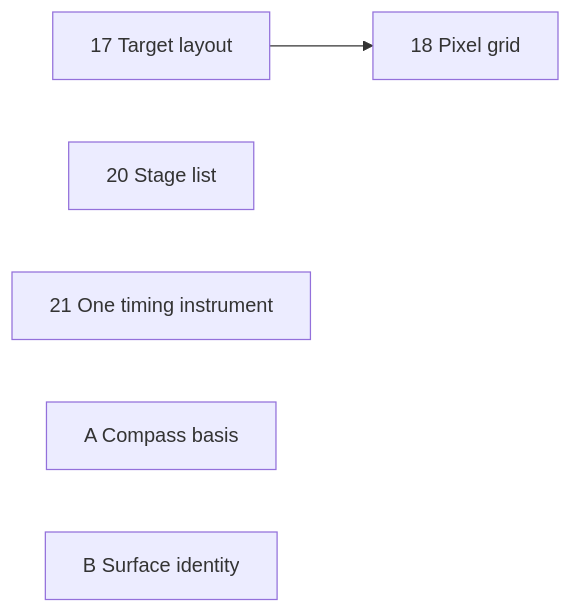
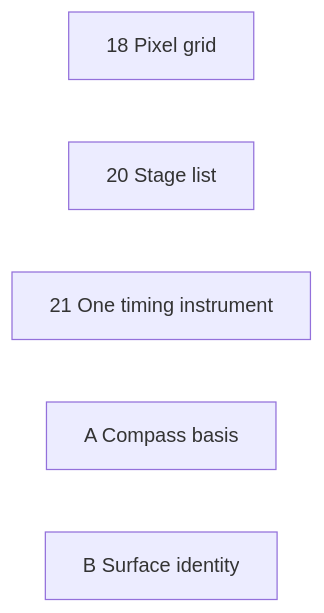
Before and after one commit to jonjaques/inertialref: the diagram in design/plans/arch-review.md, drawn with Mermaid. The commit also changed other lines of this file and 44 other files, not shown here.

First line of the commit message:
refactor: the scene target's layout is one table, and the engine answers for it (#129)

````diff
--- a/design/plans/arch-review.md
+++ b/design/plans/arch-review.md
@@ -71,8 +71,8 @@
 ```mermaid
 flowchart LR
-  P17[17 Target layout] --> P18[18 Pixel grid]
+  P18[18 Pixel grid]
   P20[20 Stage list]
   P21[21 One timing instrument]
   A[A Compass basis]
   B[B Surface identity]
 ```
````
